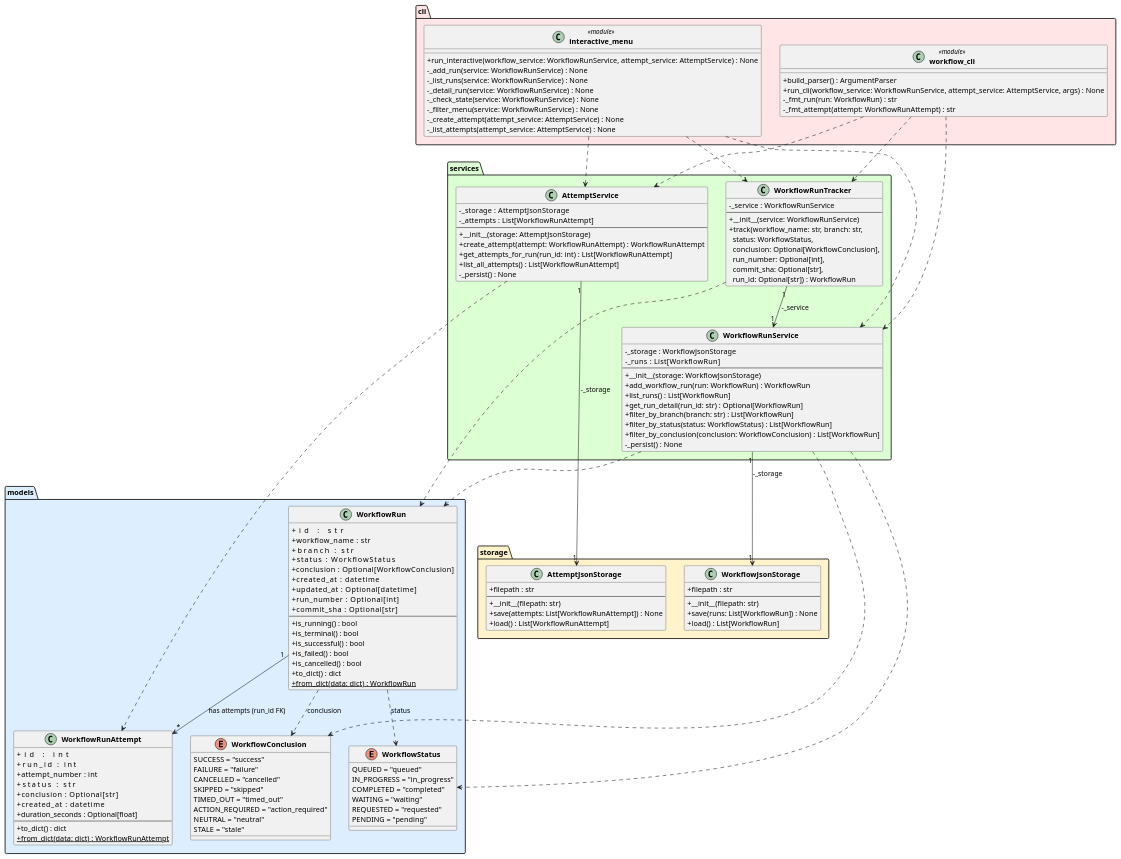
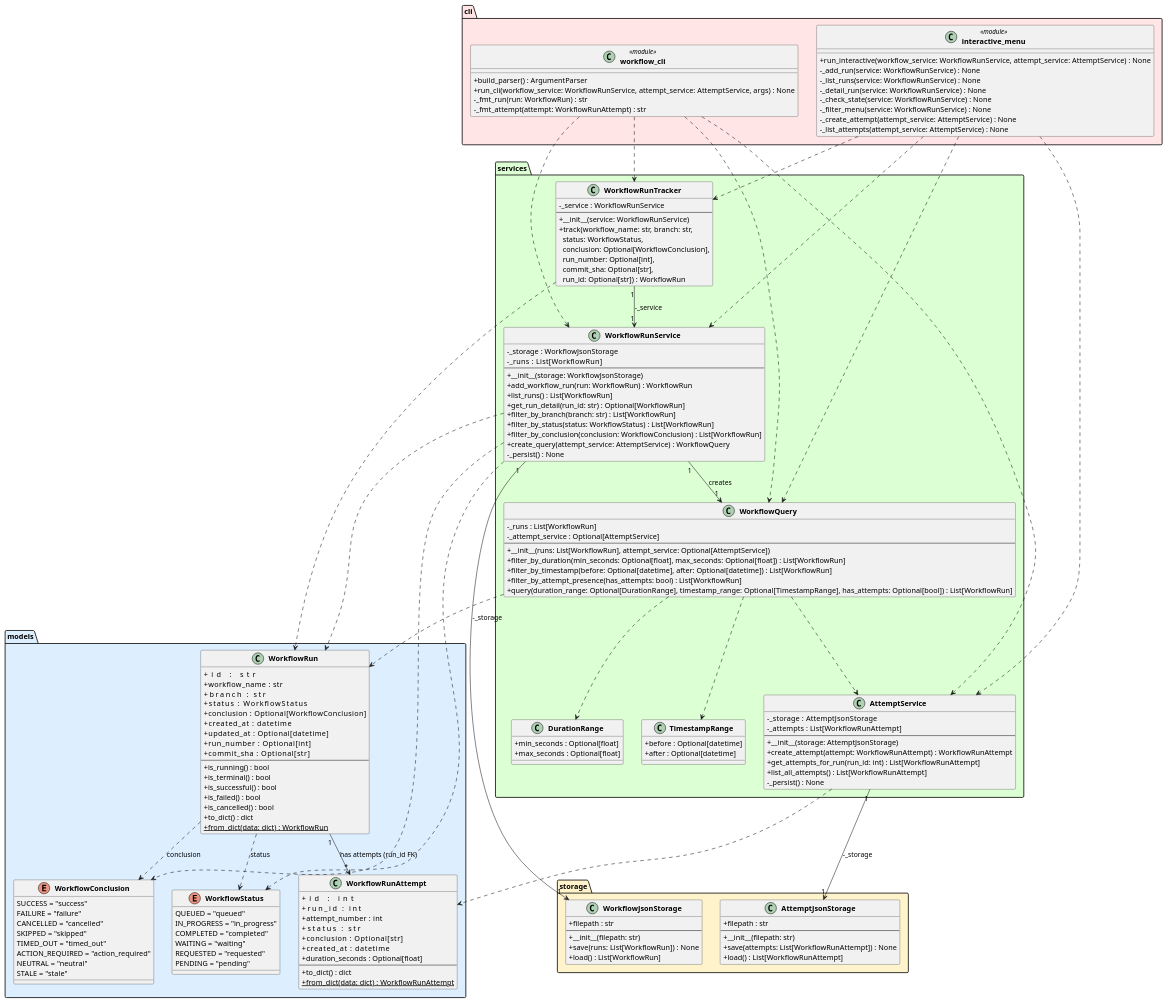
Before and after one commit to DanielRiha8906/Software_autoevolution_using_agents: the diagram in experiments/broadcast/user_stories/github-workflow-manager/artifacts/class_diagram.puml, drawn with PlantUML. The commit also changed 12 other files, not shown here.

```diff
--- a/experiments/broadcast/user_stories/github-workflow-manager/artifacts/class_diagram.puml
+++ b/experiments/broadcast/user_stories/github-workflow-manager/artifacts/class_diagram.puml
@@ -1,151 +1,180 @@
 @startuml class_diagram
 
 skinparam classAttributeIconSize 0
 skinparam classFontStyle bold
 
 package "models" #DDEEFF {
     enum WorkflowStatus {
         QUEUED = "queued"
         IN_PROGRESS = "in_progress"
         COMPLETED = "completed"
         WAITING = "waiting"
         REQUESTED = "requested"
         PENDING = "pending"
     }
 
     enum WorkflowConclusion {
         SUCCESS = "success"
         FAILURE = "failure"
         CANCELLED = "cancelled"
         SKIPPED = "skipped"
         TIMED_OUT = "timed_out"
         ACTION_REQUIRED = "action_required"
         NEUTRAL = "neutral"
         STALE = "stale"
     }
 
     class WorkflowRun {
         +id               : str
         +workflow_name    : str
         +branch           : str
         +status           : WorkflowStatus
         +conclusion       : Optional[WorkflowConclusion]
         +created_at       : datetime
         +updated_at       : Optional[datetime]
         +run_number       : Optional[int]
         +commit_sha       : Optional[str]
         --
         +is_running() : bool
         +is_terminal() : bool
         +is_successful() : bool
         +is_failed() : bool
         +is_cancelled() : bool
         +to_dict() : dict
         +{static} from_dict(data: dict) : WorkflowRun
     }
 
     class WorkflowRunAttempt {
         +id               : int
         +run_id           : int
         +attempt_number   : int
         +status           : str
         +conclusion       : Optional[str]
         +created_at       : datetime
         +duration_seconds : Optional[float]
         --
         +to_dict() : dict
         +{static} from_dict(data: dict) : WorkflowRunAttempt
     }
 }
 
 package "storage" #FFF3CC {
     class WorkflowJsonStorage {
         +filepath : str
         --
         +__init__(filepath: str)
         +save(runs: List[WorkflowRun]) : None
         +load() : List[WorkflowRun]
     }
 
     class AttemptJsonStorage {
         +filepath : str
         --
         +__init__(filepath: str)
         +save(attempts: List[WorkflowRunAttempt]) : None
         +load() : List[WorkflowRunAttempt]
     }
 }
 
 package "services" #DDFFD4 {
     class WorkflowRunService {
         -_storage : WorkflowJsonStorage
         -_runs    : List[WorkflowRun]
         --
         +__init__(storage: WorkflowJsonStorage)
         +add_workflow_run(run: WorkflowRun) : WorkflowRun
         +list_runs() : List[WorkflowRun]
         +get_run_detail(run_id: str) : Optional[WorkflowRun]
         +filter_by_branch(branch: str) : List[WorkflowRun]
         +filter_by_status(status: WorkflowStatus) : List[WorkflowRun]
         +filter_by_conclusion(conclusion: WorkflowConclusion) : List[WorkflowRun]
+        +create_query(attempt_service: AttemptService) : WorkflowQuery
         -_persist() : None
+    }
+
+    class WorkflowQuery {
+        -_runs : List[WorkflowRun]
+        -_attempt_service : Optional[AttemptService]
+        --
+        +__init__(runs: List[WorkflowRun], attempt_service: Optional[AttemptService])
+        +filter_by_duration(min_seconds: Optional[float], max_seconds: Optional[float]) : List[WorkflowRun]
+        +filter_by_timestamp(before: Optional[datetime], after: Optional[datetime]) : List[WorkflowRun]
+        +filter_by_attempt_presence(has_attempts: bool) : List[WorkflowRun]
+        +query(duration_range: Optional[DurationRange], timestamp_range: Optional[TimestampRange], has_attempts: Optional[bool]) : List[WorkflowRun]
+    }
+
+    class DurationRange {
+        +min_seconds : Optional[float]
+        +max_seconds : Optional[float]
+    }
+
+    class TimestampRange {
+        +before : Optional[datetime]
+        +after : Optional[datetime]
     }
 
     class WorkflowRunTracker {
         -_service : WorkflowRunService
         --
         +__init__(service: WorkflowRunService)
         +track(workflow_name: str, branch: str,\n  status: WorkflowStatus,\n  conclusion: Optional[WorkflowConclusion],\n  run_number: Optional[int],\n  commit_sha: Optional[str],\n  run_id: Optional[str]) : WorkflowRun
     }
 
     class AttemptService {
         -_storage   : AttemptJsonStorage
         -_attempts  : List[WorkflowRunAttempt]
         --
         +__init__(storage: AttemptJsonStorage)
         +create_attempt(attempt: WorkflowRunAttempt) : WorkflowRunAttempt
         +get_attempts_for_run(run_id: int) : List[WorkflowRunAttempt]
         +list_all_attempts() : List[WorkflowRunAttempt]
         -_persist() : None
     }
 }
 
 package "cli" #FFE5E5 {
     class "workflow_cli" <<module>> {
         +build_parser() : ArgumentParser
         +run_cli(workflow_service: WorkflowRunService, attempt_service: AttemptService, args) : None
         -_fmt_run(run: WorkflowRun) : str
         -_fmt_attempt(attempt: WorkflowRunAttempt) : str
     }
 
     class "interactive_menu" <<module>> {
         +run_interactive(workflow_service: WorkflowRunService, attempt_service: AttemptService) : None
         -_add_run(service: WorkflowRunService) : None
         -_list_runs(service: WorkflowRunService) : None
         -_detail_run(service: WorkflowRunService) : None
         -_check_state(service: WorkflowRunService) : None
         -_filter_menu(service: WorkflowRunService) : None
         -_create_attempt(attempt_service: AttemptService) : None
         -_list_attempts(attempt_service: AttemptService) : None
     }
 }
 
 WorkflowRun                ..>  WorkflowStatus        : status
 WorkflowRun                ..>  WorkflowConclusion    : conclusion
 WorkflowRun            "1" --> "*" WorkflowRunAttempt   : has attempts (run_id FK)
 WorkflowRunService    "1" --> "1" WorkflowJsonStorage : -_storage
 WorkflowRunService         ..>  WorkflowRun
 WorkflowRunService         ..>  WorkflowStatus
 WorkflowRunService         ..>  WorkflowConclusion
+WorkflowRunService    "1" --> "1" WorkflowQuery   : creates
+WorkflowQuery              ..>  WorkflowRun
+WorkflowQuery              ..>  DurationRange
+WorkflowQuery              ..>  TimestampRange
+WorkflowQuery              ..>  AttemptService
 WorkflowRunTracker    "1" --> "1" WorkflowRunService  : -_service
 WorkflowRunTracker         ..>  WorkflowRun
 AttemptService       "1" --> "1" AttemptJsonStorage   : -_storage
 AttemptService            ..>  WorkflowRunAttempt
 "workflow_cli"             ..>  WorkflowRunService
 "workflow_cli"             ..>  AttemptService
 "workflow_cli"             ..>  WorkflowRunTracker
+"workflow_cli"             ..>  WorkflowQuery
 "interactive_menu"         ..>  WorkflowRunService
 "interactive_menu"         ..>  AttemptService
 "interactive_menu"         ..>  WorkflowRunTracker
+"interactive_menu"         ..>  WorkflowQuery
 
 @enduml
```
